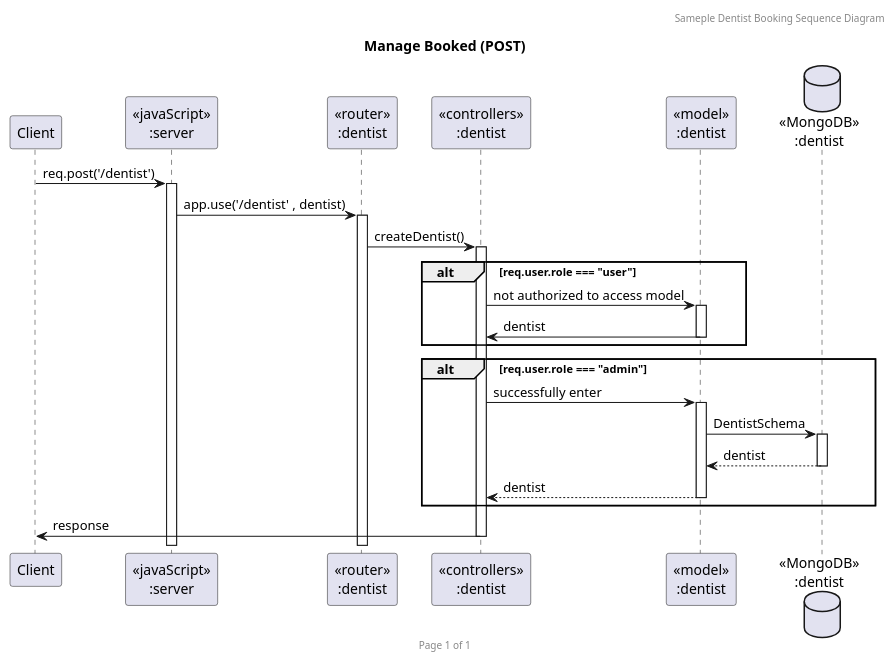
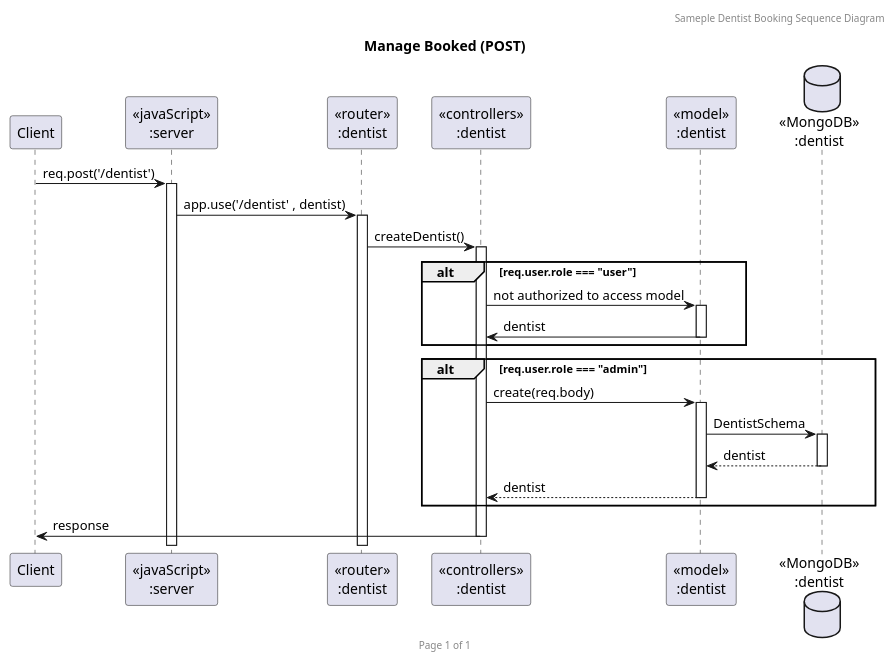
The diagram in Diagram/dentist/createDentist.puml (2110503TACEDT66/presentation-day-1-kkkykkhkhwcr), drawn with PlantUML before and after one commit. The commit also changed 8 other files, not shown here.

```diff
--- a/Diagram/dentist/createDentist.puml
+++ b/Diagram/dentist/createDentist.puml
@@ -1,30 +1,30 @@
 @startuml Manage Dentist (POST)
 
 header Sameple Dentist Booking Sequence Diagram
 footer Page %page% of %lastpage%
 title "Manage Booked (POST)"
 
 participant "Client" as client
 participant "<<javaScript>>\n:server" as server
 participant "<<router>>\n:dentist" as routerDentist
 participant "<<controllers>>\n:dentist" as controllersDentist
 participant "<<model>>\n:dentist" as modelDentist
 database "<<MongoDB>>\n:dentist" as DentistDatabase
 
 client->server ++:req.post('/dentist')
 server->routerDentist ++:app.use('/dentist' , dentist)
 routerDentist -> controllersDentist ++:createDentist()
 
 alt req.user.role === "user"
     controllersDentist->modelDentist ++:not authorized to access model
     modelDentist -> controllersDentist --:dentist
 end
 alt req.user.role === "admin"
-    controllersDentist->modelDentist ++:successfully enter
+    controllersDentist->modelDentist ++:create(req.body)
 modelDentist ->DentistDatabase ++: DentistSchema
 DentistDatabase --> modelDentist --: dentist
 controllersDentist <-- modelDentist --:dentist
 end
 controllersDentist->client --:response
 
 @enduml
```
